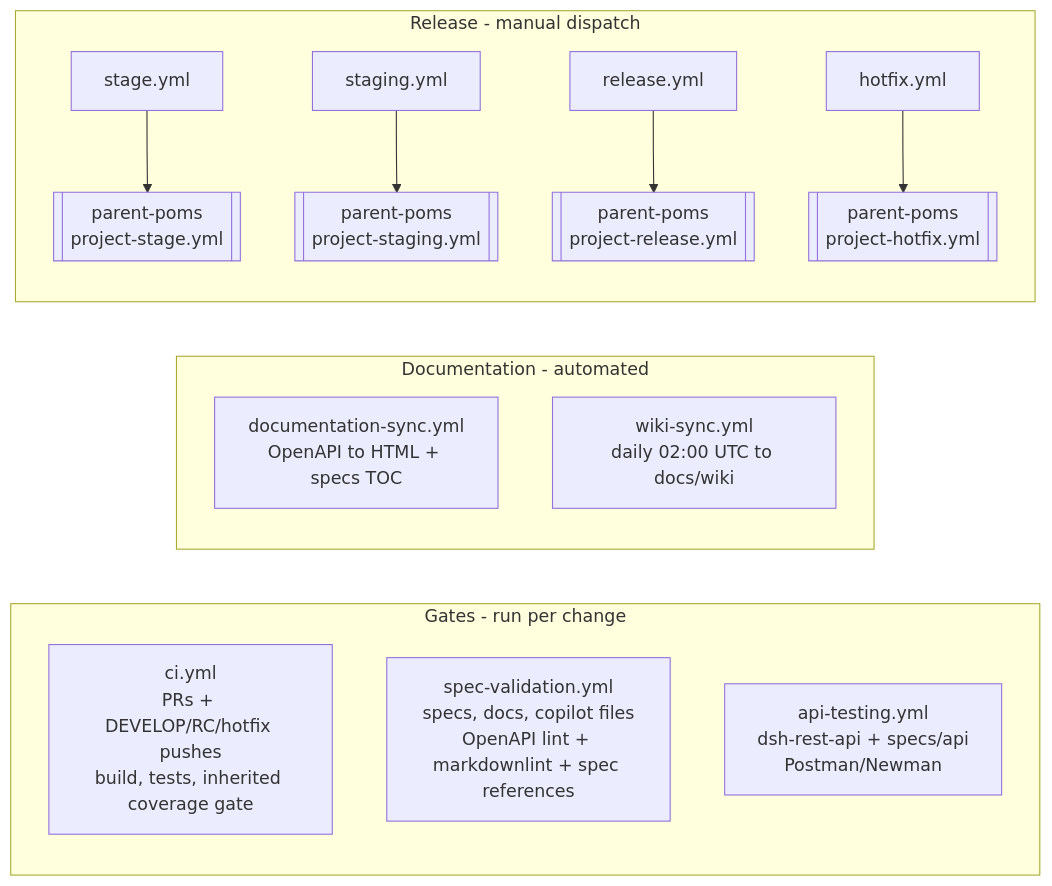
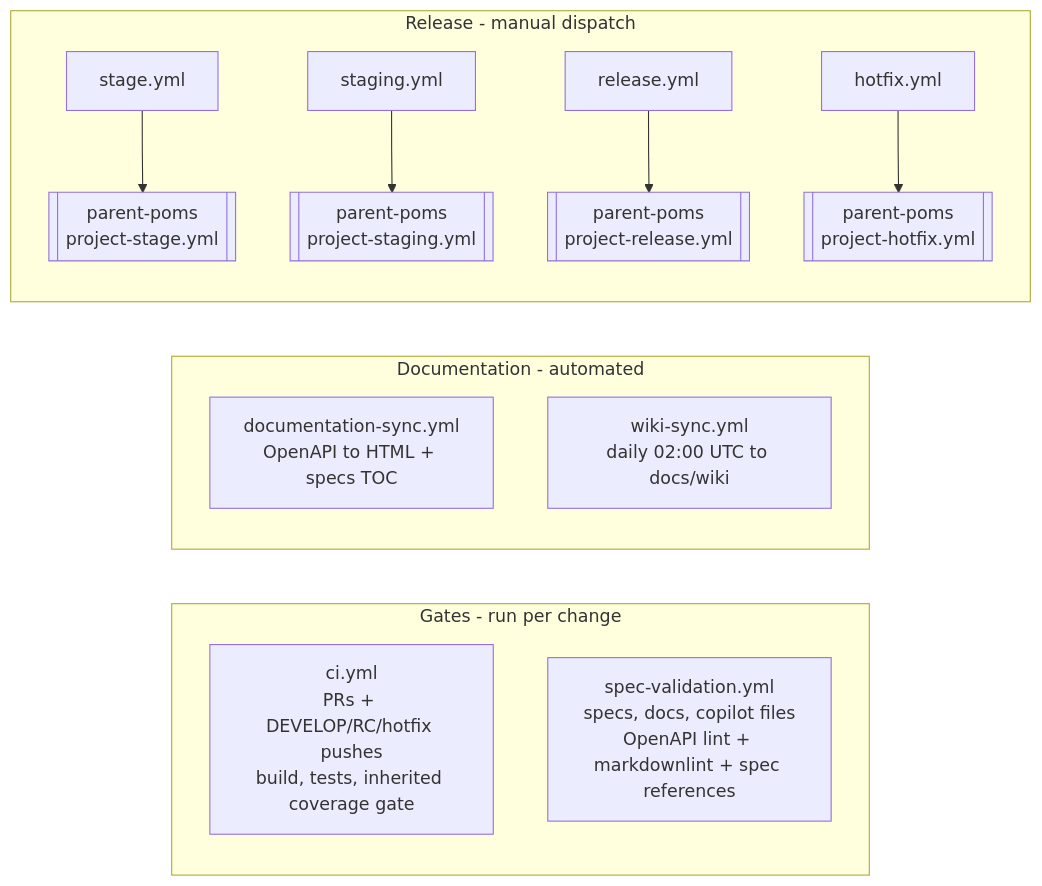
The second of 2 diagrams in docs/devops/README.md (MRISS-Projects/dsh), drawn with Mermaid before and after one commit. The commit also changed other lines of this file and 6 other files, not shown here.

First line of the commit message:
docs(#137): layer 4 is in force, and no document points at api-testing.yml

````diff
--- a/docs/devops/README.md
+++ b/docs/devops/README.md
@@ -48,18 +48,17 @@
 ```mermaid
 flowchart LR
     subgraph gates["Gates - run per change"]
         CI["ci.yml<br/>PRs + DEVELOP/RC/hotfix pushes<br/>build, tests, inherited coverage gate"]
         SV["spec-validation.yml<br/>specs, docs, copilot files<br/>OpenAPI lint + markdownlint + spec references"]
-        AT["api-testing.yml<br/>dsh-rest-api + specs/api<br/>Postman/Newman"]
     end
     subgraph docs["Documentation - automated"]
         DS["documentation-sync.yml<br/>OpenAPI to HTML + specs TOC"]
         WS["wiki-sync.yml<br/>daily 02:00 UTC to docs/wiki"]
     end
     subgraph rel["Release - manual dispatch"]
         ST["stage.yml"] --> PP1[["parent-poms<br/>project-stage.yml"]]
         SG["staging.yml"] --> PP2[["parent-poms<br/>project-staging.yml"]]
         RL["release.yml"] --> PP3[["parent-poms<br/>project-release.yml"]]
         HF["hotfix.yml"] --> PP4[["parent-poms<br/>project-hotfix.yml"]]
     end
 ```
````
